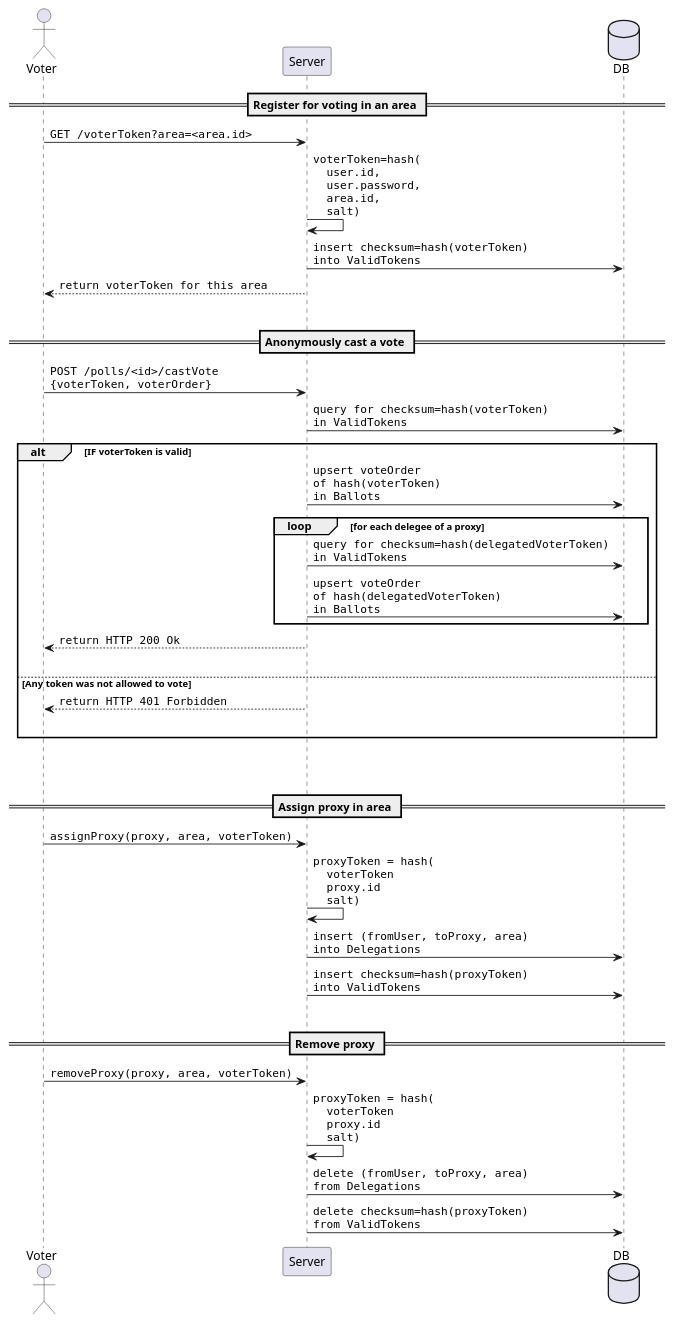
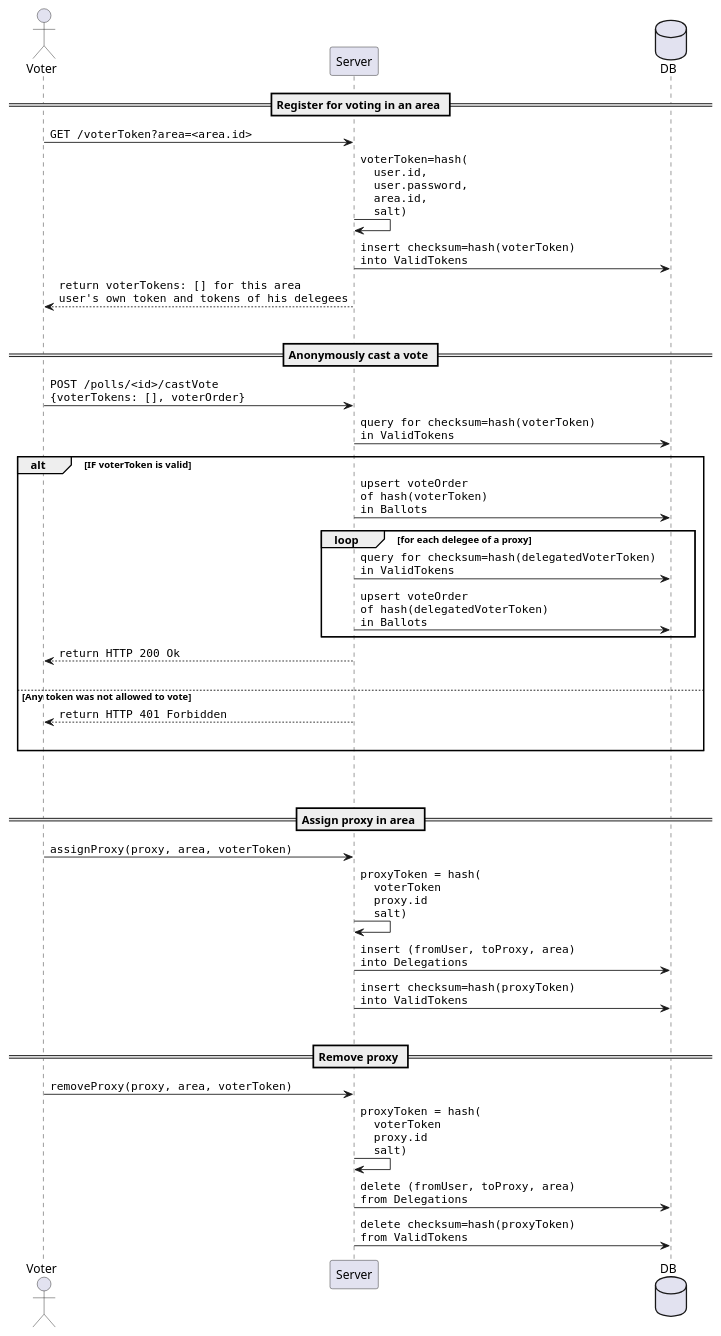
One commit to Doogiemuc/liquido-vue-frontend changed the diagram in doc/CastVote.plantuml. Above: the diagram before and after it, drawn with PlantUML. The commit also changed 4 other files, not shown here.

```diff
--- a/doc/CastVote.plantuml
+++ b/doc/CastVote.plantuml
@@ -1,72 +1,71 @@
 @startuml
 
 actor Voter order 10
 participant Server order 30
 database DB order 40
 
 == Register for voting in an area ==
 
 Voter -> Server : ""GET /voterToken?area=<area.id>""
 
 Server -> Server : ""voterToken=hash(""\n""  user.id,""\n""  user.password,""\n""  area.id,""\n""  salt)""
 
-
 database DB
 Server -> DB : ""insert checksum=hash(voterToken)""\n""into ValidTokens"" 
 
-Voter <-- Server : ""return voterToken for this area""
+Voter <-- Server : ""return voterTokens: [] for this area""\n""user's own token and tokens of his delegees""
 
 |||
 
 == Anonymously cast a vote ==
 
-Voter -> Server : ""POST /polls/<id>/castVote""\n""{voterToken, voterOrder}""
+Voter -> Server : ""POST /polls/<id>/castVote""\n""{voterTokens: [], voterOrder}""
 
 Server -> DB : ""query for checksum=hash(voterToken)""\n""in ValidTokens""
 
 alt IF voterToken is valid
 
   Server -> DB : ""upsert voteOrder""\n""of hash(voterToken)""\n""in Ballots""
 
   loop for each delegee of a proxy
     Server -> DB : ""query for checksum=hash(delegatedVoterToken)""\n""in ValidTokens""
     Server -> DB : ""upsert voteOrder""\n""of hash(delegatedVoterToken)""\n""in Ballots""
   end
 
   Voter <-- Server : ""return HTTP 200 Ok""
   |||
 else Any token was not allowed to vote
   
   Voter <-- Server : ""return HTTP 401 Forbidden""
   |||
 
 end
 
 
 ||50||
 
 == Assign proxy in area ==
 
 Voter -> Server : ""assignProxy(proxy, area, voterToken)""
 
 Server -> Server : ""proxyToken = hash(""\n""  voterToken""\n""  proxy.id""\n""  salt)""
 
 Server -> DB : ""insert (fromUser, toProxy, area)""\n""into Delegations""
 
 Server -> DB : ""insert checksum=hash(proxyToken)""\n""into ValidTokens"" 
 
 |||
 
 == Remove proxy ==
 
 Voter -> Server : ""removeProxy(proxy, area, voterToken)""
 
 Server -> Server : ""proxyToken = hash(""\n""  voterToken""\n""  proxy.id""\n""  salt)""
 
 Server -> DB : ""delete (fromUser, toProxy, area)""\n""from Delegations""
 
 Server -> DB : ""delete checksum=hash(proxyToken)""\n""from ValidTokens"" 
 
 
 
 @enduml
```
